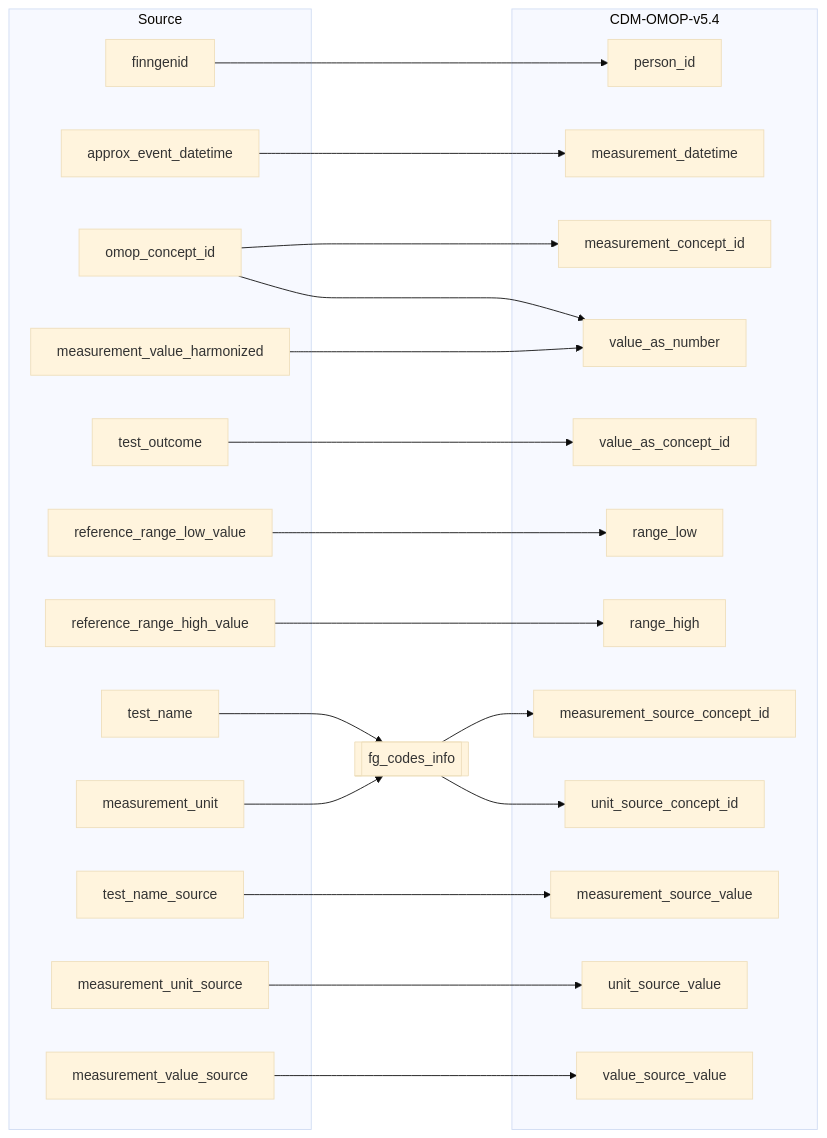
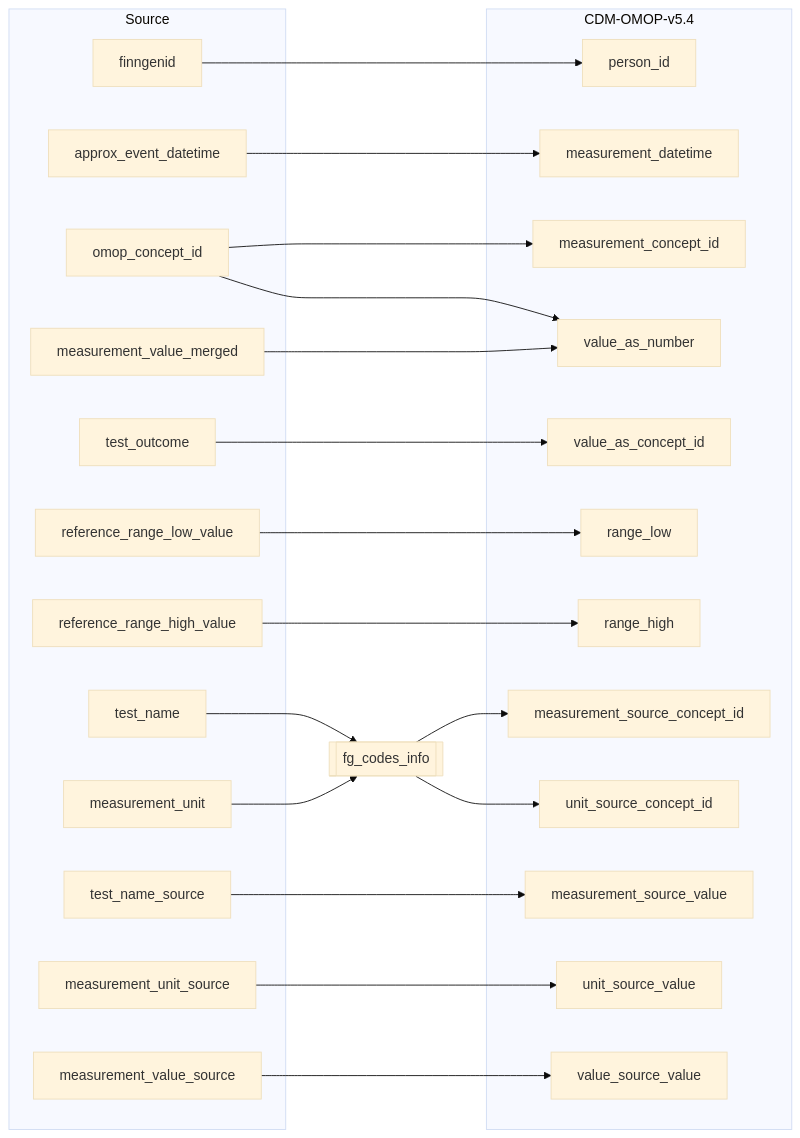
The diagram in 2_etl_specifications/documentation/kanta_to_measurement.md (FINNGEN/ETL), drawn with Mermaid before and after one commit. The commit also changed other lines of this file and 6 other files, not shown here.

````diff
--- a/2_etl_specifications/documentation/kanta_to_measurement.md
+++ b/2_etl_specifications/documentation/kanta_to_measurement.md
@@ -10,57 +10,57 @@
 ```mermaid
 %%{init: {'theme': 'base' } }%%
 %%{init: {'theme': 'base' } }%%
 flowchart LR
     subgraph Source
         finngenid
         approx_event_datetime
         omop_concept_id
-        measurement_value_harmonized
+        measurement_value_merged
         test_outcome
         reference_range_low_value
         reference_range_high_value
         test_name
         measurement_unit
         test_name_source
         measurement_unit_source
         measurement_value_source
     end
 
     fg_codes_info[[fg_codes_info]]
 
     subgraph CDM-OMOP-v5.4
         person_id
         measurement_datetime
         measurement_concept_id
         value_as_concept_id      
         value_as_number
         measurement_source_concept_id
         unit_source_concept_id        
         range_low
         range_high
         measurement_source_value
         unit_source_value
         value_source_value
     end
 
     finngenid-->person_id
     approx_event_datetime-->measurement_datetime
 
     omop_concept_id-->measurement_concept_id
     omop_concept_id-->value_as_number
-    measurement_value_harmonized-->value_as_number
+    measurement_value_merged-->value_as_number
     reference_range_low_value-->range_low
     reference_range_high_value-->range_high
 
     test_name-->fg_codes_info
     measurement_unit-->fg_codes_info
     fg_codes_info-->measurement_source_concept_id
     fg_codes_info-->unit_source_concept_id
 
     test_name_source-->measurement_source_value
     measurement_unit_source-->unit_source_value
     measurement_value_source-->value_source_value
 
     test_outcome-->value_as_concept_id
 
 ```
````
